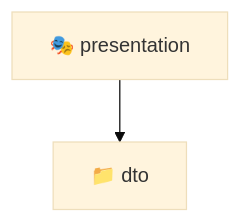
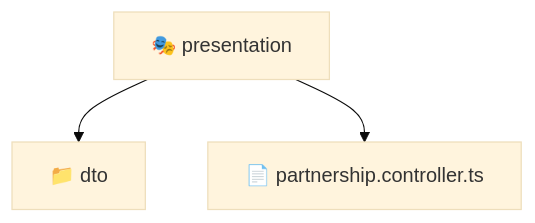
The diagram in backend/src/modules/partnership/presentation/README.md (beginwebdev2002/fullstack-mavluda), drawn with Mermaid (base theme) before and after one commit. The commit also changed other lines of this file and 157 other files, not shown here.

First line of the commit message:
docs: generate localized readmes for architectural transparency

````diff
--- a/backend/src/modules/partnership/presentation/README.md
+++ b/backend/src/modules/partnership/presentation/README.md
@@ -9,5 +11,6 @@
 ```mermaid
 graph TD
   presentation["🎭 presentation"]
-  presentation --> dto["📁 dto"]
+  presentation --> presentation_dto["📁 dto"]
+  presentation --> presentation_partnership_controller_ts["📄 partnership.controller.ts"]
 ```
````
